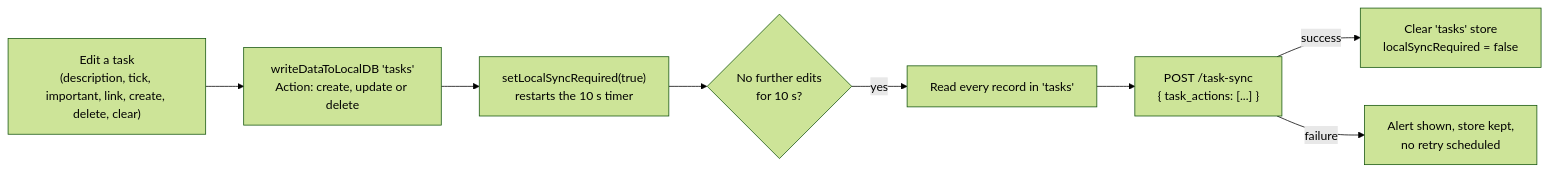
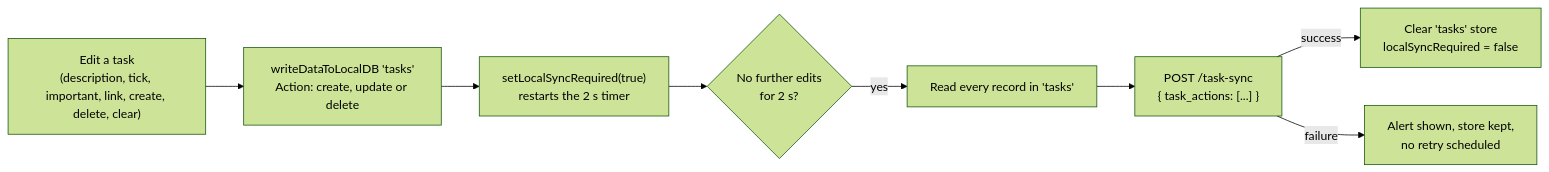
Before and after one commit to TomBenjaminMorris/listpal-frontend: the fourth of 6 diagrams in ARCHITECTURE.md, drawn with Mermaid (forest theme). The commit also changed other lines of this file and 1 other file, not shown here.

Commit message:
Reduce sync timeout to 2 seconds (#18)

````diff
--- a/ARCHITECTURE.md
+++ b/ARCHITECTURE.md
@@ -170,10 +170,10 @@
 ```mermaid
 flowchart LR
     E["Edit a task<br/>(description, tick, important, link, create, delete, clear)"] --> W["writeDataToLocalDB 'tasks'<br/>Action: create, update or delete"]
-    W --> F["setLocalSyncRequired(true)<br/>restarts the 10 s timer"]
-    F --> T{"No further edits<br/>for 10 s?"}
+    W --> F["setLocalSyncRequired(true)<br/>restarts the 2 s timer"]
+    F --> T{"No further edits<br/>for 2 s?"}
     T -->|yes| R["Read every record in 'tasks'"]
     R --> P["POST /task-sync<br/>{ task_actions: [...] }"]
     P -->|success| C["Clear 'tasks' store<br/>localSyncRequired = false"]
     P -->|failure| X["Alert shown, store kept,<br/>no retry scheduled"]
 ```
````
